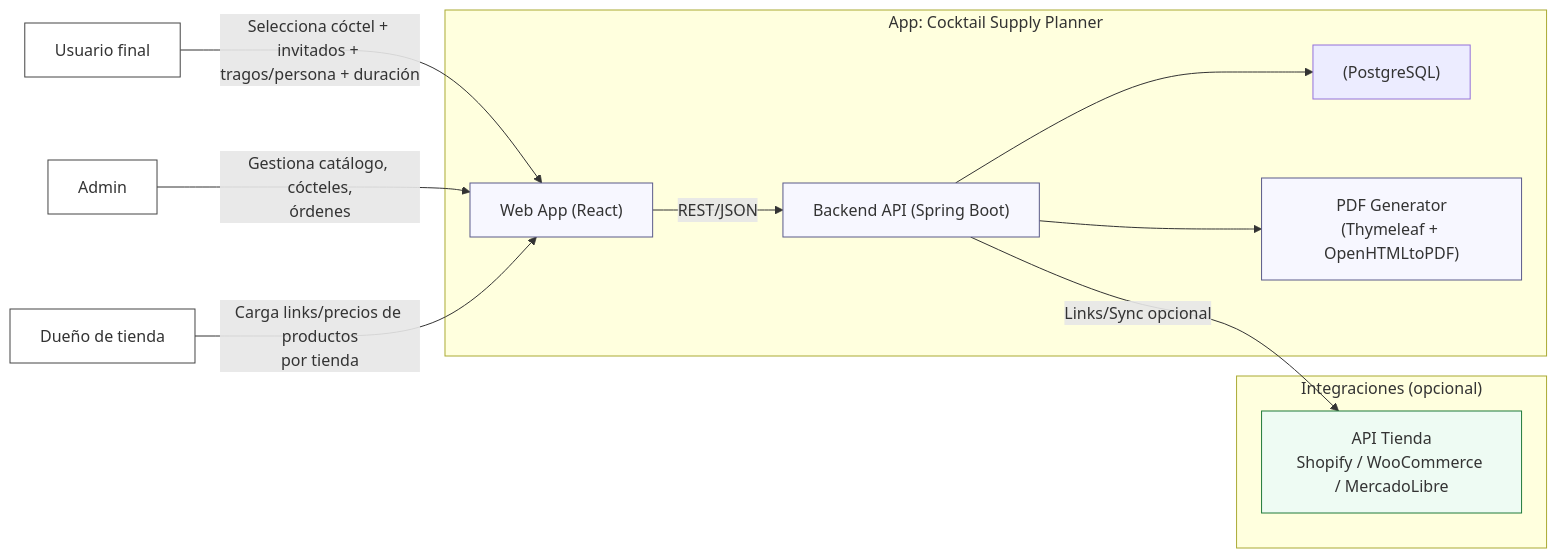
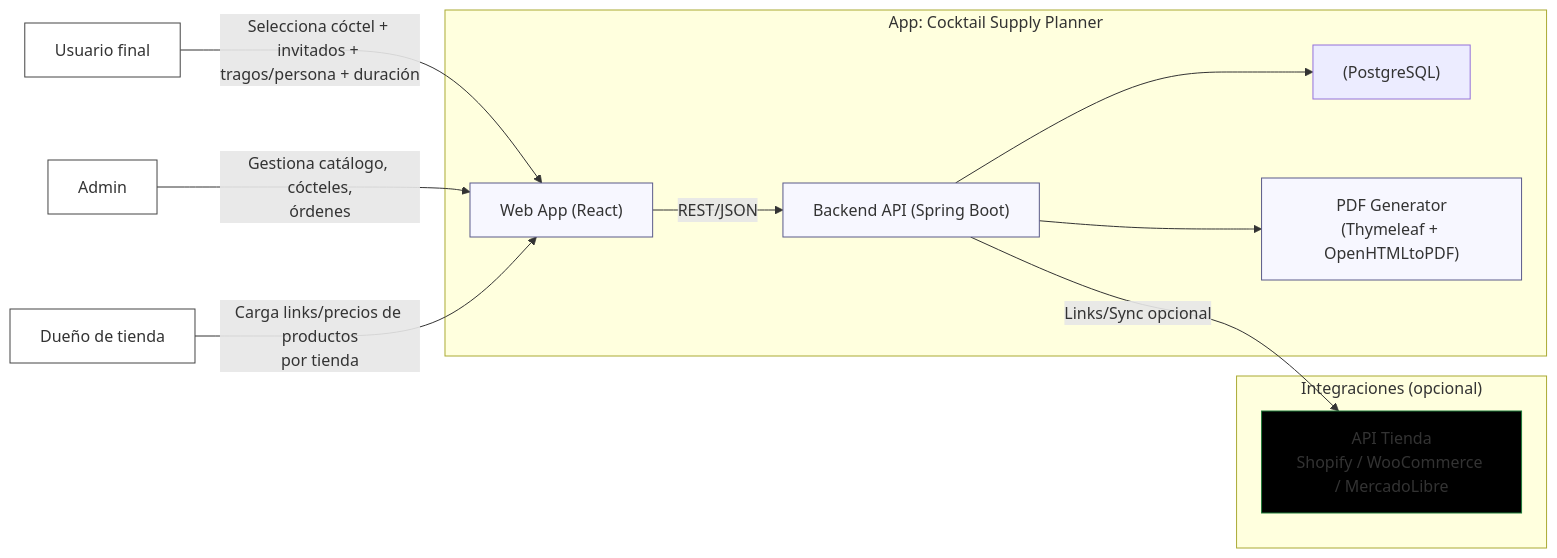
One commit to Fran3103/CocktailOps changed the second of 3 diagrams in Readme.md. Above: the diagram before and after it, drawn with Mermaid. The commit also changed other lines of this file, not shown here.

````diff
--- a/Readme.md
+++ b/Readme.md
@@ -100,34 +100,34 @@
 ```mermaid
 flowchart LR
 %% Actors
 U["Usuario final"]:::actor
 A["Admin"]:::actor
 S["Dueño de tienda"]:::actor
 
 %% System
 subgraph SYS["App: Cocktail Supply Planner"]
 FE["Web App (React)"]:::box
 BE["Backend API (Spring Boot)"]:::box
 DB["(PostgreSQL)"]:::dbdb
 PDF["PDF Generator<br/>(Thymeleaf + OpenHTMLtoPDF)"]:::box
 end
 
 %% Optional external integrations
 subgraph EXT["Integraciones (opcional)"]
 SHOPAPI["API Tienda<br/>Shopify / WooCommerce / MercadoLibre"]:::ext
 end
 
 U -->|Selecciona cóctel + invitados + <br/>tragos/persona + duración| FE
 A -->|Gestiona catálogo, cócteles,\nórdenes| FE
 S -->|Carga links/precios de productos\npor tienda| FE
 
 FE -->|REST/JSON| BE
 BE --> DB
 BE --> PDF
 BE -->|Links/Sync opcional| SHOPAPI
 
 classDef actor fill:#fff,stroke:#444,stroke-width:1px;
 classDef box fill:#f7f7ff,stroke:#5a5a8a,stroke-width:1px;
 classDef db fill:#fff6e6,stroke:#a06a00,stroke-width:1px;
-classDef ext fill:#eefbf3,stroke:#1f7a3a,stroke-width:1px;
+classDef ext fill:#000000,stroke:#1f7a3a,stroke-width:1px;
 ```  
````
